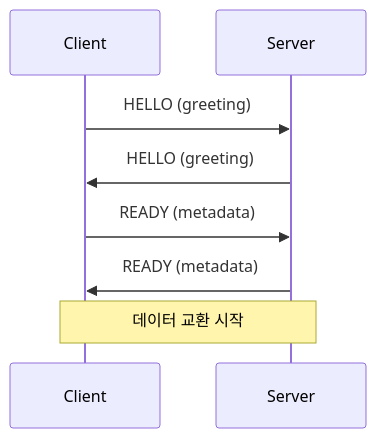
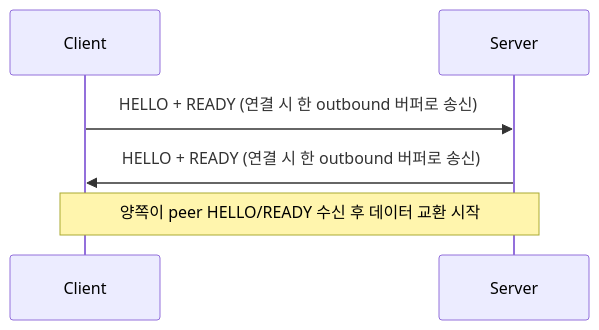
The first of 5 diagrams in core/doc/internals/protocol-zmp.ko.md (kairos-code-dev/zlink), drawn with Mermaid before and after one commit. The commit also changed other lines of this file, not shown here.

````diff
--- a/core/doc/internals/protocol-zmp.ko.md
+++ b/core/doc/internals/protocol-zmp.ko.md
@@ -71,11 +71,9 @@
 ```mermaid
 sequenceDiagram
     participant C as Client
     participant S as Server
 
-    C->>S: HELLO (greeting)
-    S->>C: HELLO (greeting)
-    C->>S: READY (metadata)
-    S->>C: READY (metadata)
-    Note over C,S: 데이터 교환 시작
+    C->>S: HELLO + READY (연결 시 한 outbound 버퍼로 송신)
+    S->>C: HELLO + READY (연결 시 한 outbound 버퍼로 송신)
+    Note over C,S: 양쪽이 peer HELLO/READY 수신 후 데이터 교환 시작
 ```
````
